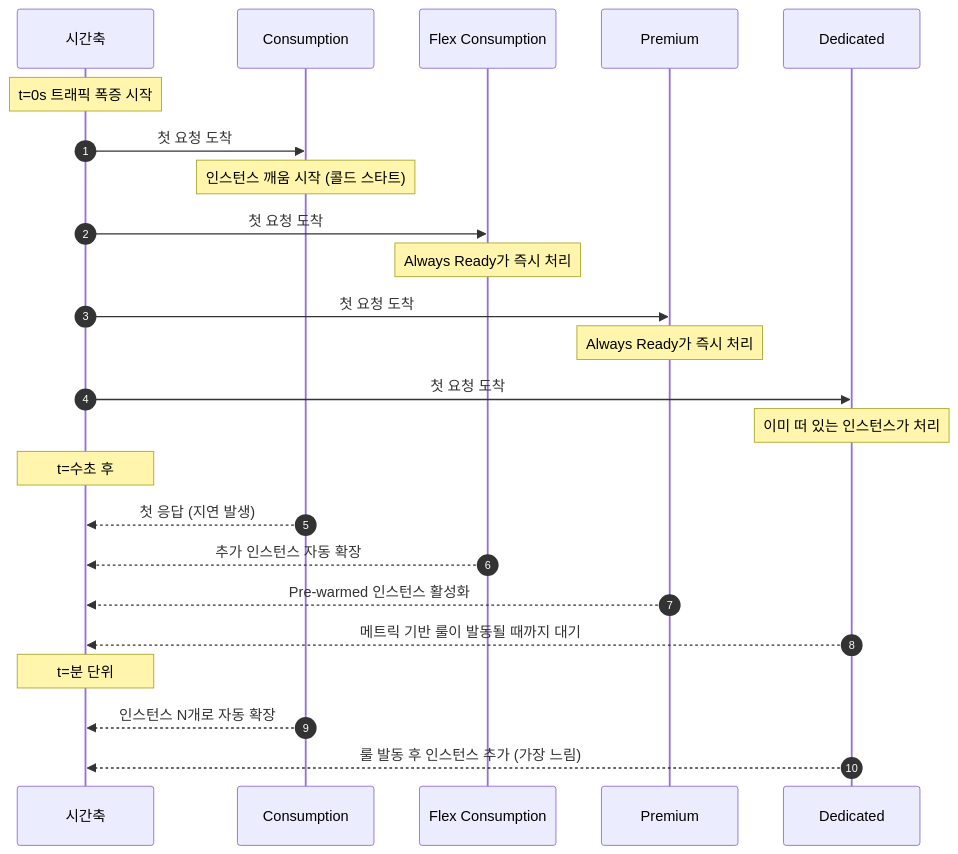
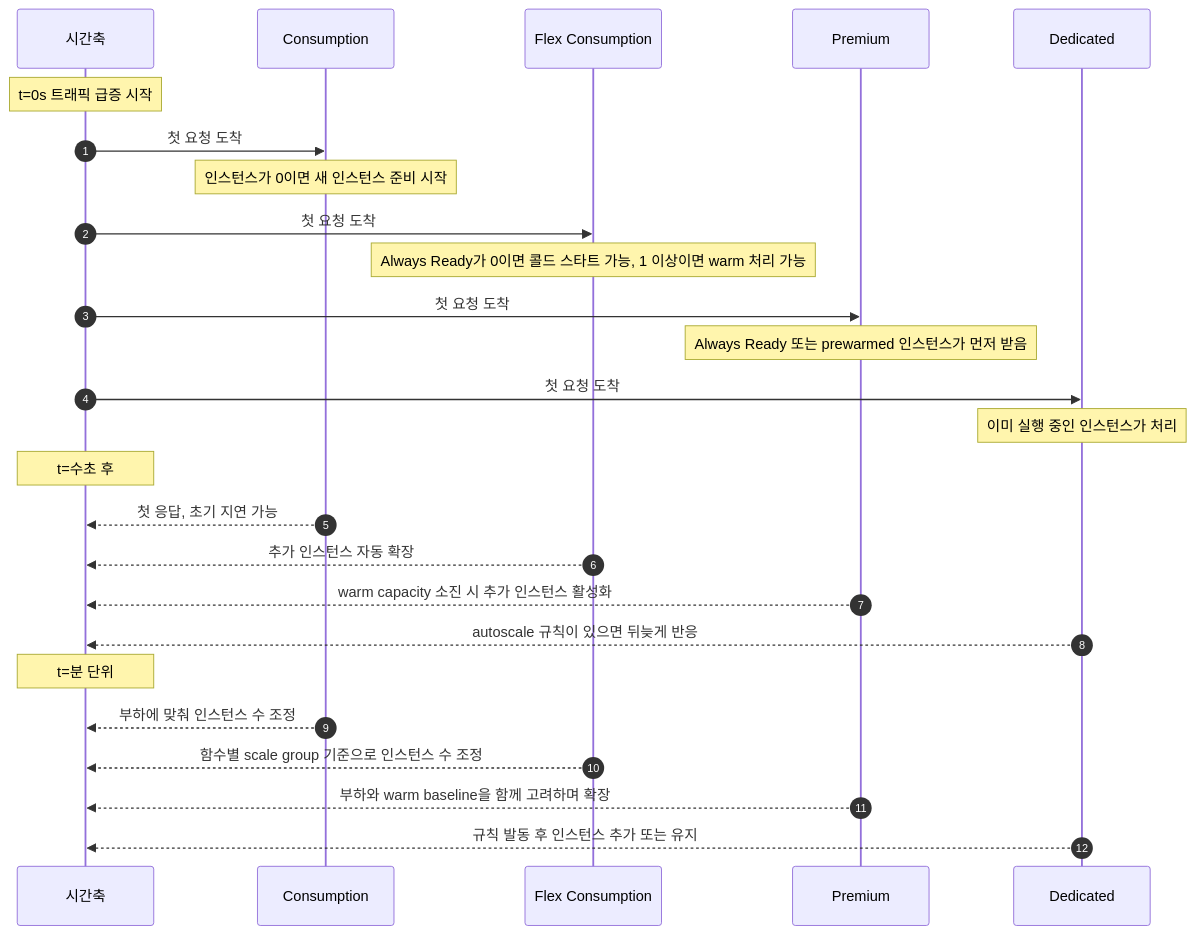
The second of 4 diagrams in azure-functions-101/ko/06-scaling-and-cold-start.md (yeongseon-books/book-content), drawn with Mermaid before and after one commit. The commit also changed other lines of this file and 42 other files, not shown here.

First line of the commit message:
fix: 오라클 리뷰 반영 — Functions 101/Deep Dive 사실관계·톤·다이어그램 정리, App Service 101 ko/en 재구조화

````diff
--- a/azure-functions-101/ko/06-scaling-and-cold-start.md
+++ b/azure-functions-101/ko/06-scaling-and-cold-start.md
@@ -52,29 +52,31 @@
 ```mermaid
 sequenceDiagram
     autonumber
     participant T as 시간축
     participant Cons as Consumption
     participant Flex as Flex Consumption
     participant Prem as Premium
     participant Ded as Dedicated
 
-    Note over T: t=0s 트래픽 폭증 시작
+    Note over T: t=0s 트래픽 급증 시작
     T->>Cons: 첫 요청 도착
-    Note over Cons: 인스턴스 깨움 시작 (콜드 스타트)
+    Note over Cons: 인스턴스가 0이면 새 인스턴스 준비 시작
     T->>Flex: 첫 요청 도착
-    Note over Flex: Always Ready가 즉시 처리
+    Note over Flex: Always Ready가 0이면 콜드 스타트 가능, 1 이상이면 warm 처리 가능
     T->>Prem: 첫 요청 도착
-    Note over Prem: Always Ready가 즉시 처리
+    Note over Prem: Always Ready 또는 prewarmed 인스턴스가 먼저 받음
     T->>Ded: 첫 요청 도착
-    Note over Ded: 이미 떠 있는 인스턴스가 처리
+    Note over Ded: 이미 실행 중인 인스턴스가 처리
 
     Note over T: t=수초 후
-    Cons-->>T: 첫 응답 (지연 발생)
+    Cons-->>T: 첫 응답, 초기 지연 가능
     Flex-->>T: 추가 인스턴스 자동 확장
-    Prem-->>T: Pre-warmed 인스턴스 활성화
-    Ded-->>T: 메트릭 기반 룰이 발동될 때까지 대기
+    Prem-->>T: warm capacity 소진 시 추가 인스턴스 활성화
+    Ded-->>T: autoscale 규칙이 있으면 뒤늦게 반응
 
     Note over T: t=분 단위
-    Cons-->>T: 인스턴스 N개로 자동 확장
-    Ded-->>T: 룰 발동 후 인스턴스 추가 (가장 느림)
+    Cons-->>T: 부하에 맞춰 인스턴스 수 조정
+    Flex-->>T: 함수별 scale group 기준으로 인스턴스 수 조정
+    Prem-->>T: 부하와 warm baseline을 함께 고려하며 확장
+    Ded-->>T: 규칙 발동 후 인스턴스 추가 또는 유지
 ```
````
